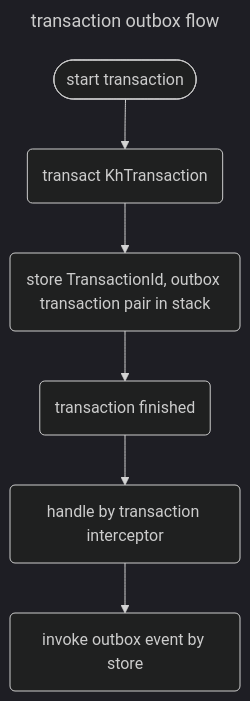
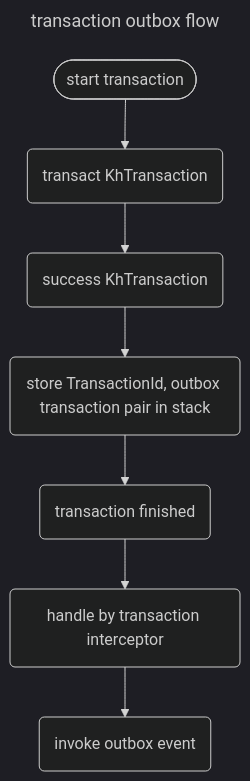
One commit to keyhub-projects/distributed-transaction-kit changed the second of 6 diagrams in README.md. Above: the diagram before and after it, drawn with Mermaid (dark theme). The commit also changed other lines of this file and 1 other file, not shown here.

First line of the commit message:
Feature/single transaction (#6)

````diff
--- a/README.md
+++ b/README.md
@@ -40,13 +45,14 @@
 ```mermaid
 ---
 title: transaction outbox flow
 ---
 flowchart
     start([start transaction])
-    transaction(transact KhTransaction)
+    khTransaction(transact KhTransaction)
+    khTransactionSuccess(success KhTransaction)
     storeTransactionId(store TransactionId, outbox transaction pair in stack)
     finishTransaction(transaction finished)
     handleByInterceptor(handle by transaction interceptor)
-    invokeOutboxEventByStore(invoke outbox event by store)
-    start --> transaction --> storeTransactionId --> finishTransaction --> handleByInterceptor --> invokeOutboxEventByStore
+    invokeOutboxEventByStore(invoke outbox event)
+    start --> khTransaction --> khTransactionSuccess --> storeTransactionId --> finishTransaction --> handleByInterceptor --> invokeOutboxEventByStore
 ```
````
